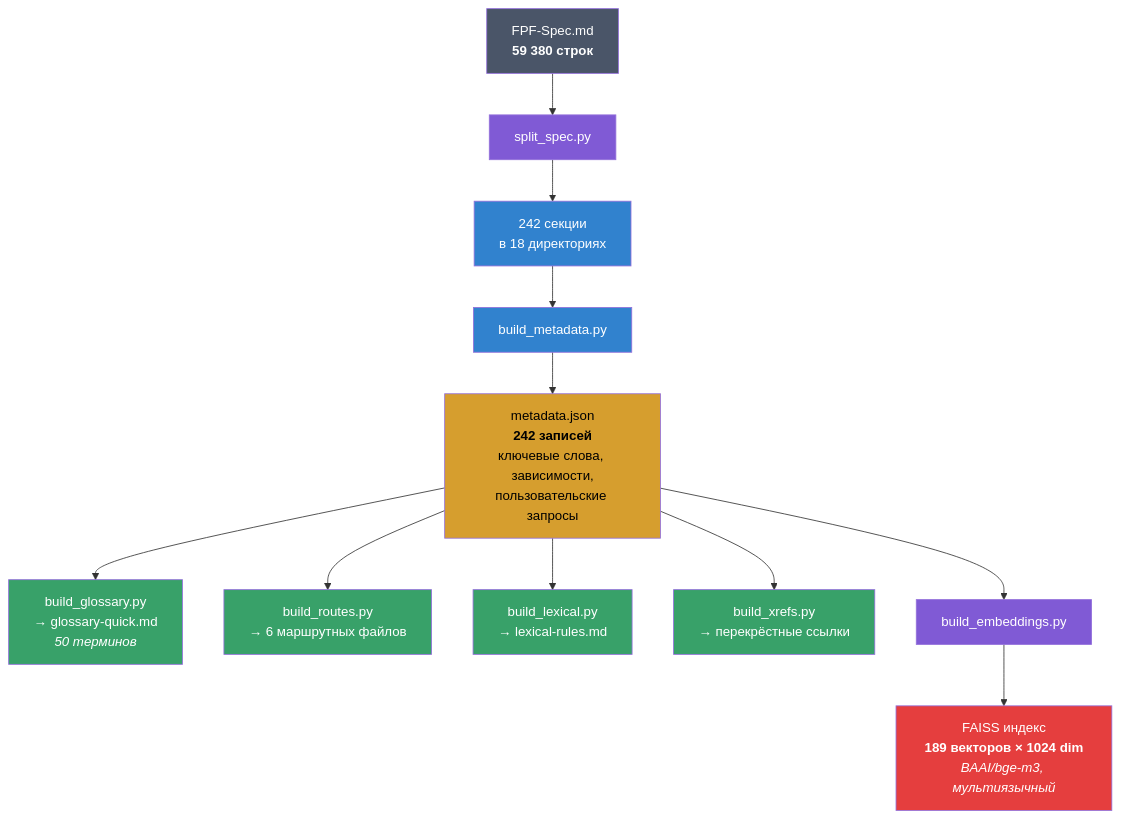
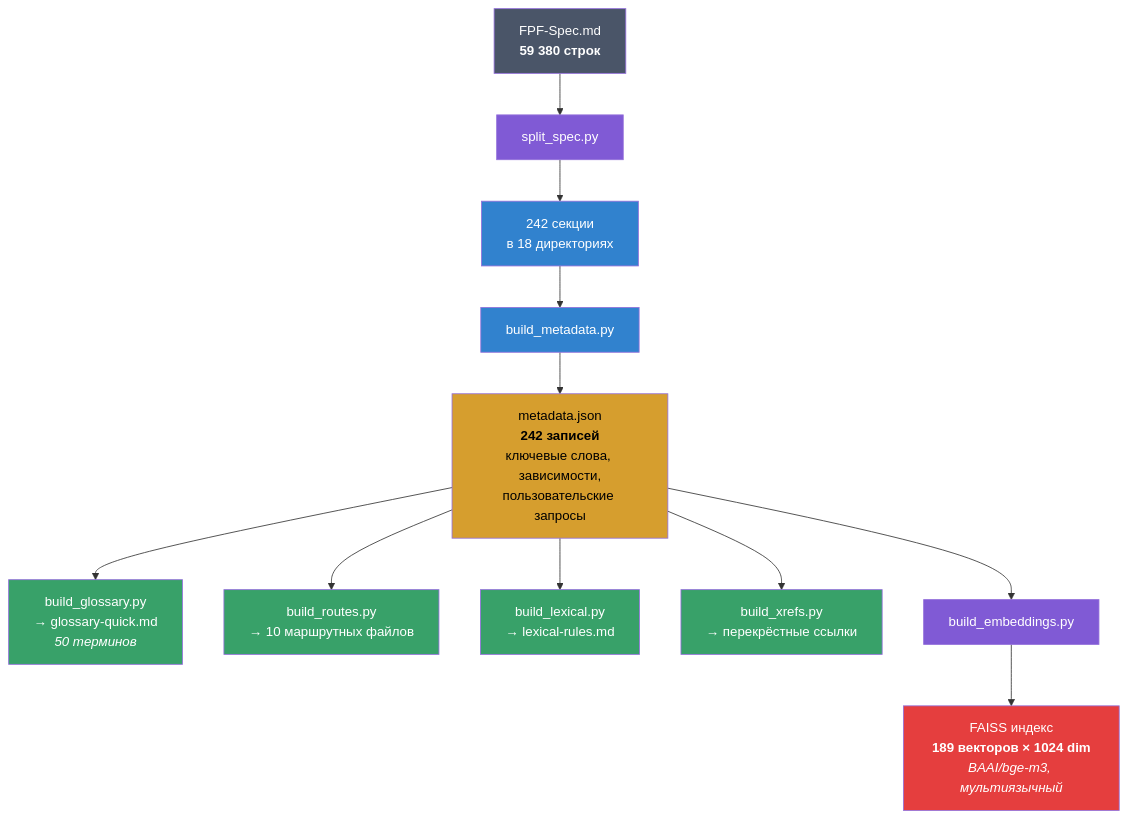
The fourth of 4 diagrams in Readme.md (pokrovskiyv/FPF-agent), drawn with Mermaid before and after one commit. The commit also changed other lines of this file, not shown here.

Commit message:
docs: update README for three-tier routing architecture (10 routes + semantic fallback)

````diff
--- a/Readme.md
+++ b/Readme.md
@@ -142,25 +173,25 @@
 ```mermaid
 graph TD
     Spec["FPF-Spec.md<br/><b>59 380 строк</b>"] --> Split["split_spec.py"]
     Split --> Sections["242 секции<br/>в 18 директориях"]
     Sections --> Meta["build_metadata.py"]
     Meta --> MetaJSON["metadata.json<br/><b>242 записей</b><br/>ключевые слова, зависимости,<br/>пользовательские запросы"]
     MetaJSON --> Gloss["build_glossary.py<br/>→ glossary-quick.md<br/><i>50 терминов</i>"]
-    MetaJSON --> Routes["build_routes.py<br/>→ 6 маршрутных файлов"]
+    MetaJSON --> Routes["build_routes.py<br/>→ 10 маршрутных файлов"]
     MetaJSON --> Lex["build_lexical.py<br/>→ lexical-rules.md"]
     MetaJSON --> XRef["build_xrefs.py<br/>→ перекрёстные ссылки"]
     MetaJSON --> Emb["build_embeddings.py"]
     Emb --> FAISS["FAISS индекс<br/><b>189 векторов × 1024 dim</b><br/><i>BAAI/bge-m3, мультиязычный</i>"]
 
     style Spec fill:#4a5568,color:#fff
     style Split fill:#805ad5,color:#fff
     style Sections fill:#3182ce,color:#fff
     style Meta fill:#3182ce,color:#fff
     style MetaJSON fill:#d69e2e,color:#000
     style Gloss fill:#38a169,color:#fff
     style Routes fill:#38a169,color:#fff
     style Lex fill:#38a169,color:#fff
     style XRef fill:#38a169,color:#fff
     style Emb fill:#805ad5,color:#fff
     style FAISS fill:#e53e3e,color:#fff
 ```
````
